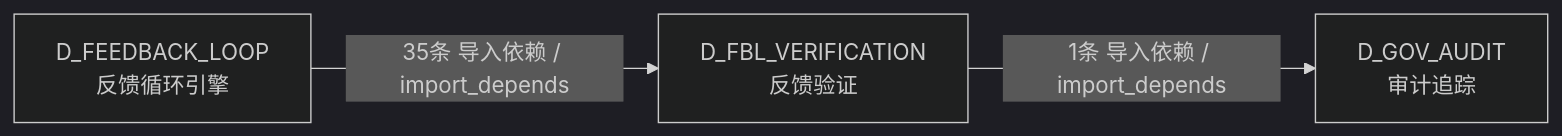
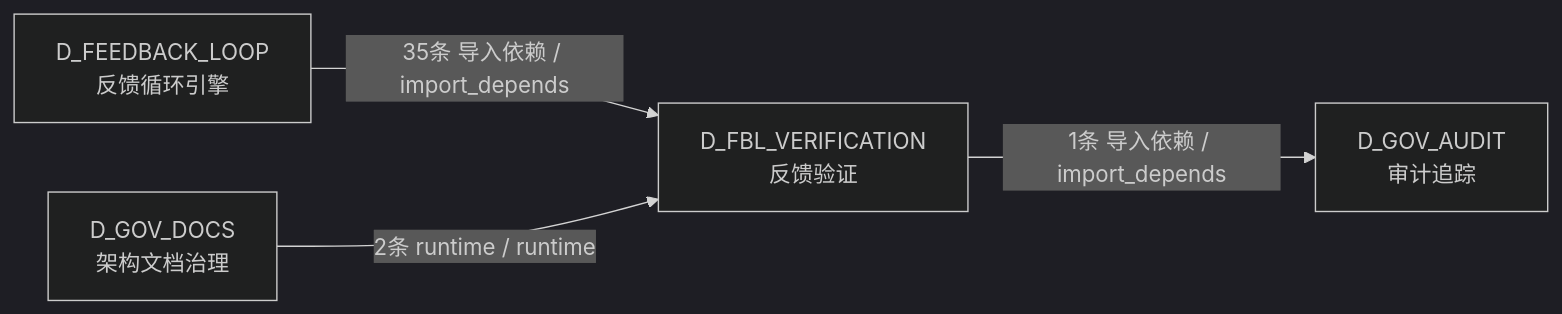
Before and after one commit to xuanFelixVan/ZephyrAlpha: the sixth of 6 diagrams in docs/02_enterprise_architecture/02_domain_architecture_docs/13_d_fbl_verification.md, drawn with Mermaid (dark theme). The commit also changed other lines of this file and 80 other files, not shown here.

````diff
--- a/docs/02_enterprise_architecture/02_domain_architecture_docs/13_d_fbl_verification.md
+++ b/docs/02_enterprise_architecture/02_domain_architecture_docs/13_d_fbl_verification.md
@@ -489,8 +498,10 @@
 ```mermaid
 graph LR
     D_FBL_VERIFICATION["D_FBL_VERIFICATION<br/>反馈验证"]
     D_GOV_AUDIT["D_GOV_AUDIT<br/>审计追踪"]
     D_FEEDBACK_LOOP["D_FEEDBACK_LOOP<br/>反馈循环引擎"]
+    D_GOV_DOCS["D_GOV_DOCS<br/>架构文档治理"]
     D_FBL_VERIFICATION -->|1条 导入依赖 / import_depends| D_GOV_AUDIT
     D_FEEDBACK_LOOP -->|35条 导入依赖 / import_depends| D_FBL_VERIFICATION
+    D_GOV_DOCS -->|2条 runtime / runtime| D_FBL_VERIFICATION
 ```
````
